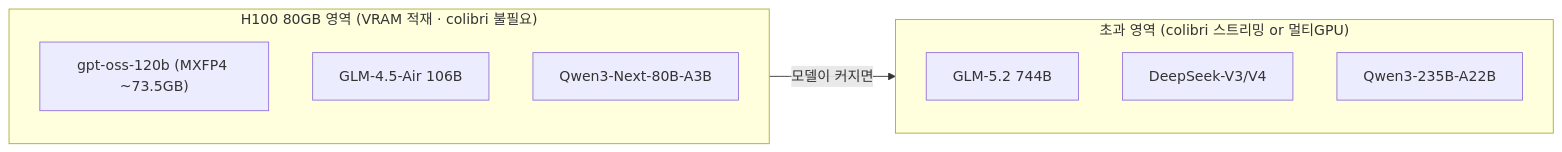
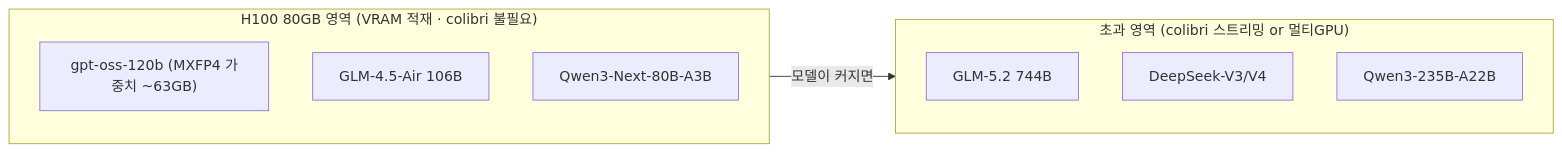
The diagram in docs/80-olmoe-and-h100-recommendations.md (atozwizard/Colibri_Survey), drawn with Mermaid before and after one commit. The commit also changed other lines of this file and 3 other files, not shown here.

````diff
--- a/docs/80-olmoe-and-h100-recommendations.md
+++ b/docs/80-olmoe-and-h100-recommendations.md
@@ -35,14 +35,14 @@
 ```mermaid
 flowchart LR
     subgraph H100["H100 80GB 영역 (VRAM 적재 · colibri 불필요)"]
-        A["gpt-oss-120b (MXFP4 ~73.5GB)"]
+        A["gpt-oss-120b (MXFP4 가중치 ~63GB)"]
         B["GLM-4.5-Air 106B"]
         C["Qwen3-Next-80B-A3B"]
     end
     subgraph BEYOND["초과 영역 (colibri 스트리밍 or 멀티GPU)"]
         D["GLM-5.2 744B"]
         E["DeepSeek-V3/V4"]
         F["Qwen3-235B-A22B"]
     end
     H100 -->|"모델이 커지면"| BEYOND
 ```
````
